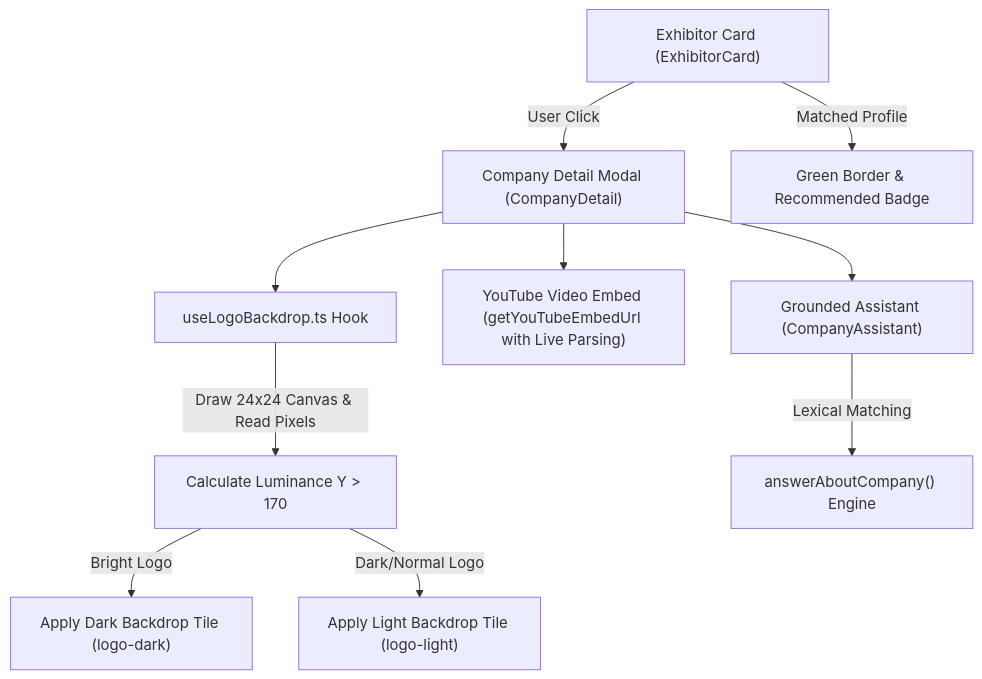
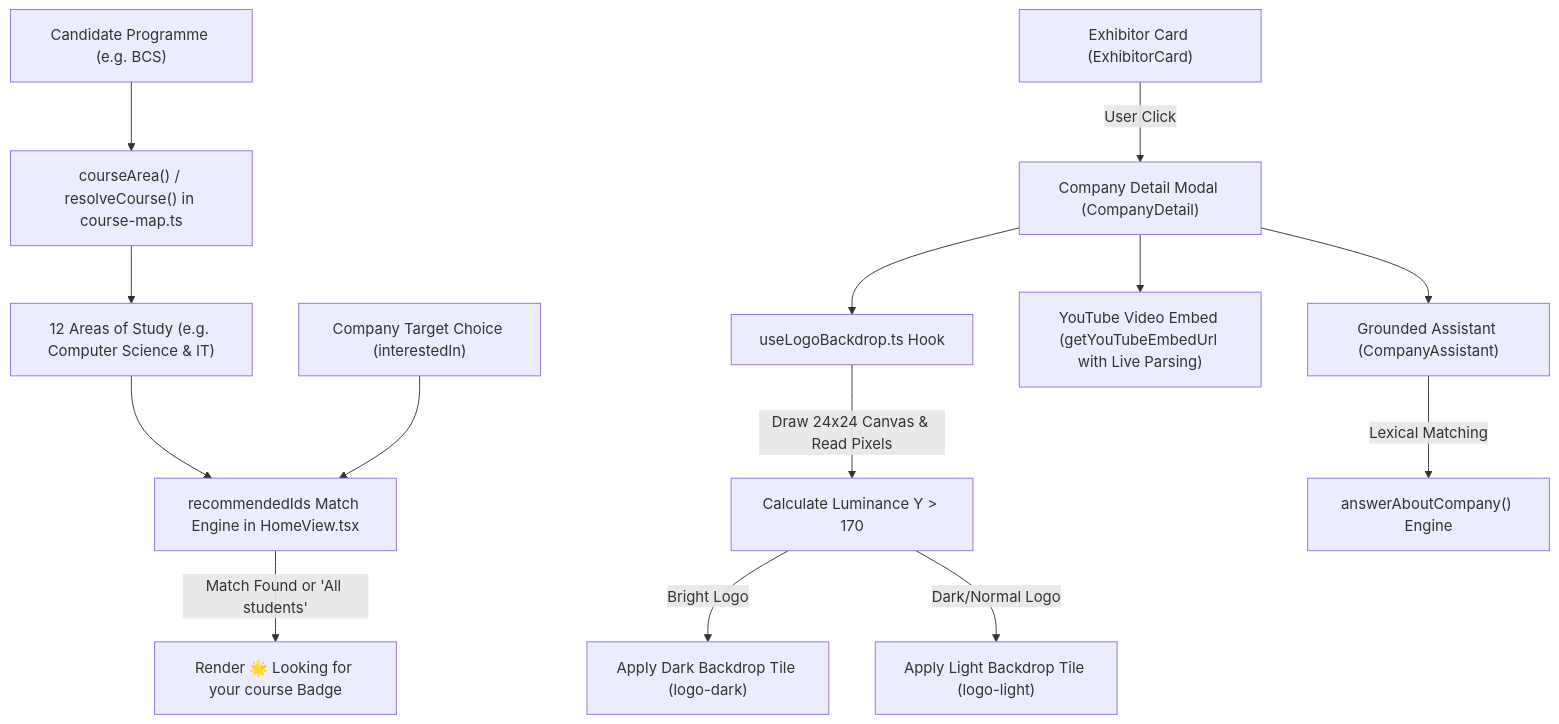
The first of 4 diagrams in webapp/docs/FEATURE_MODULES_GUIDE.md (SooYM/QIU-Industry-Webapp), drawn with Mermaid before and after one commit. The commit also changed other lines of this file and 27 other files, not shown here.

````diff
--- a/webapp/docs/FEATURE_MODULES_GUIDE.md
+++ b/webapp/docs/FEATURE_MODULES_GUIDE.md
@@ -57,12 +65,16 @@
 ```mermaid
 flowchart TD
+    CandidateCourse["Candidate Programme (e.g. BCS)"] --> ResolveArea["courseArea() / resolveCourse() in course-map.ts"]
+    ResolveArea --> AreaResult["12 Areas of Study (e.g. Computer Science & IT)"]
+    AreaResult --> MatchEngine["recommendedIds Match Engine in HomeView.tsx"]
+    CompanyProfile["Company Target Choice (interestedIn)"] --> MatchEngine
+    MatchEngine -->|"Match Found or 'All students'"| RecCard["Render 🌟 Looking for your course Badge"]
     CompanyCard["Exhibitor Card (ExhibitorCard)"] -->|"User Click"| DetailModal["Company Detail Modal (CompanyDetail)"]
     DetailModal --> LogoHook["useLogoBackdrop.ts Hook"]
     LogoHook -->|"Draw 24x24 Canvas & Read Pixels"| LuminanceCalc["Calculate Luminance Y > 170"]
     LuminanceCalc -->|"Bright Logo"| DarkTile["Apply Dark Backdrop Tile (logo-dark)"]
     LuminanceCalc -->|"Dark/Normal Logo"| LightTile["Apply Light Backdrop Tile (logo-light)"]
     DetailModal --> VideoSection["YouTube Video Embed (getYouTubeEmbedUrl with Live Parsing)"]
     DetailModal --> CompanyAssistant["Grounded Assistant (CompanyAssistant)"]
     CompanyAssistant -->|"Lexical Matching"| AnswerEngine["answerAboutCompany() Engine"]
-    CompanyCard -->|"Matched Profile"| RecommendedBadge["Green Border & Recommended Badge"]
 ```
````
